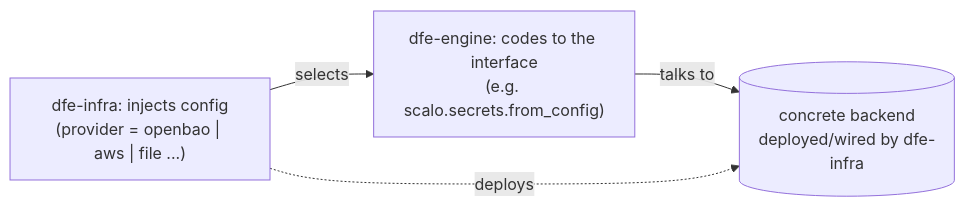
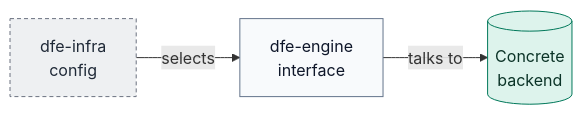
The first of 4 diagrams in docs/deployment/backing-services.md (hyperi-io/dfe-engine), drawn with Mermaid before and after one commit. The commit also changed other lines of this file and 71 other files, not shown here.

First line of the commit message:
docs(engine): fix 159 claims and redraw every diagram

````diff
--- a/docs/deployment/backing-services.md
+++ b/docs/deployment/backing-services.md
@@ -35,9 +34,18 @@
 ```mermaid
 flowchart LR
-    cfg["dfe-infra: injects config<br/>(provider = openbao | aws | file ...)"]
-    eng["dfe-engine: codes to the interface<br/>(e.g. scalo.secrets.from_config)"]
-    be[("concrete backend<br/>deployed/wired by dfe-infra")]
+    accTitle: L4 Detail -- Backing-service binding
+    accDescr: dfe-infra injects the config that selects a provider. The engine codes to the standard interface and talks to whichever backend the config names.
+
+    cfg["dfe-infra<br/>config"]
+    eng["dfe-engine<br/>interface"]
+    be[("Concrete<br/>backend")]
+
     cfg -->|selects| eng
     eng -->|talks to| be
-    cfg -. deploys .-> be
+
+    classDef default fill:#F8FAFC,stroke:#64748B,stroke-width:1px,color:#0F172A
+    classDef store fill:#DDF3EC,stroke:#00785A,stroke-width:1px,color:#0B3327
+    classDef ext fill:#EEF0F2,stroke:#6B7280,stroke-width:1px,stroke-dasharray:4 3,color:#1F2937
+    class cfg ext
+    class be store
 ```
````
